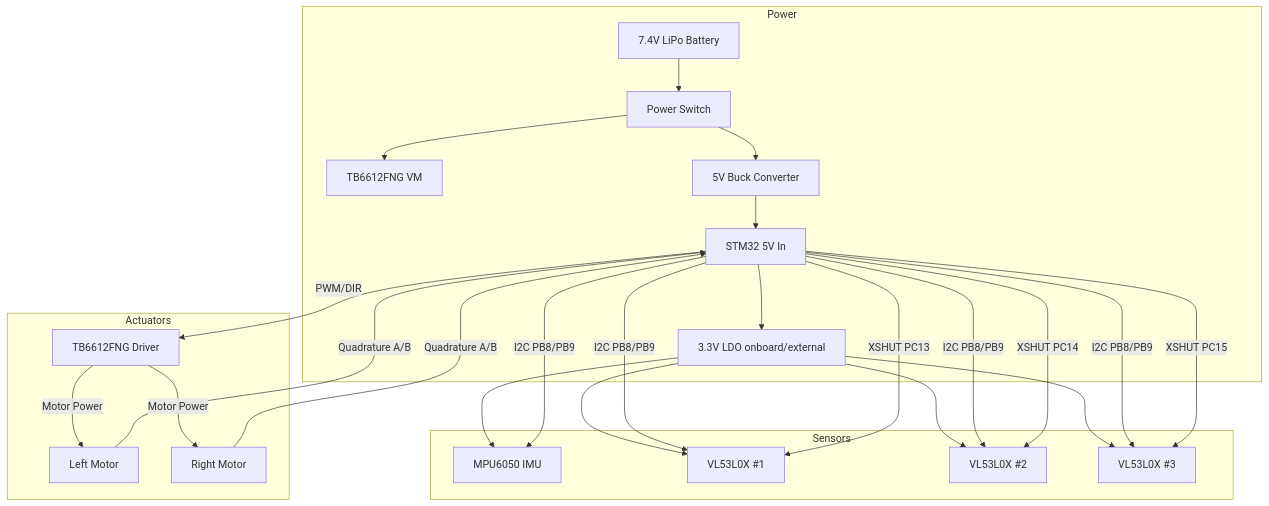
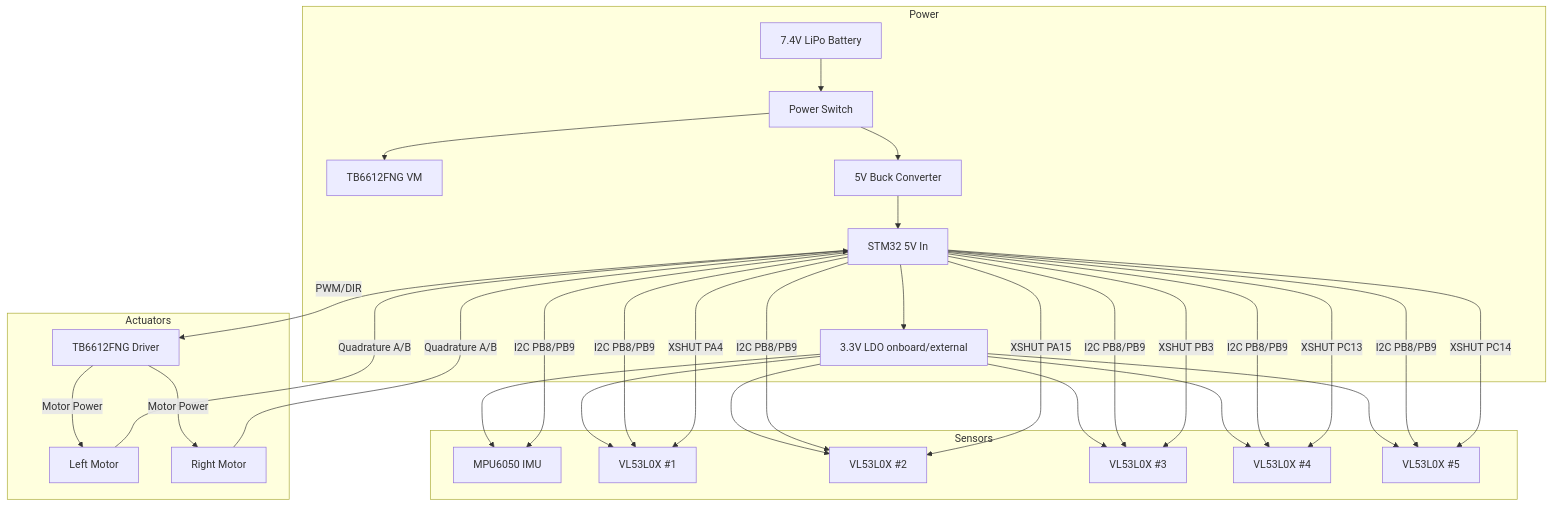
The diagram in plan/01_HARDWARE_OVERVIEW.md (nadija-smwg/Maze-Runner), drawn with Mermaid before and after one commit. The commit also changed other lines of this file and 21 other files, not shown here.

````diff
--- a/plan/01_HARDWARE_OVERVIEW.md
+++ b/plan/01_HARDWARE_OVERVIEW.md
@@ -233,34 +228,40 @@
 ```mermaid
 graph TD
     subgraph Power
         BATT[7.4V LiPo Battery] --> SW[Power Switch]
         SW --> VM[TB6612FNG VM]
         SW --> BUCK[5V Buck Converter]
         BUCK --> STM[STM32 5V In]
         STM --> LDO[3.3V LDO onboard/external]
     end
 
     subgraph Sensors
         LDO --> MPU[MPU6050 IMU]
         LDO --> VL1[VL53L0X #1]
         LDO --> VL2[VL53L0X #2]
         LDO --> VL3[VL53L0X #3]
+        LDO --> VL4[VL53L0X #4]
+        LDO --> VL5[VL53L0X #5]
         
         STM -- I2C PB8/PB9 --> MPU
         STM -- I2C PB8/PB9 --> VL1
         STM -- I2C PB8/PB9 --> VL2
         STM -- I2C PB8/PB9 --> VL3
+        STM -- I2C PB8/PB9 --> VL4
+        STM -- I2C PB8/PB9 --> VL5
         
-        STM -- XSHUT PC13 --> VL1
-        STM -- XSHUT PC14 --> VL2
-        STM -- XSHUT PC15 --> VL3
+        STM -- XSHUT PA4 --> VL1
+        STM -- XSHUT PA15 --> VL2
+        STM -- XSHUT PB3 --> VL3
+        STM -- XSHUT PC13 --> VL4
+        STM -- XSHUT PC14 --> VL5
     end
 
     subgraph Actuators
         STM -- PWM/DIR --> DRV[TB6612FNG Driver]
         DRV -- Motor Power --> ML[Left Motor]
         DRV -- Motor Power --> MR[Right Motor]
         ML -- Quadrature A/B --> STM
         MR -- Quadrature A/B --> STM
     end
 ```
````
